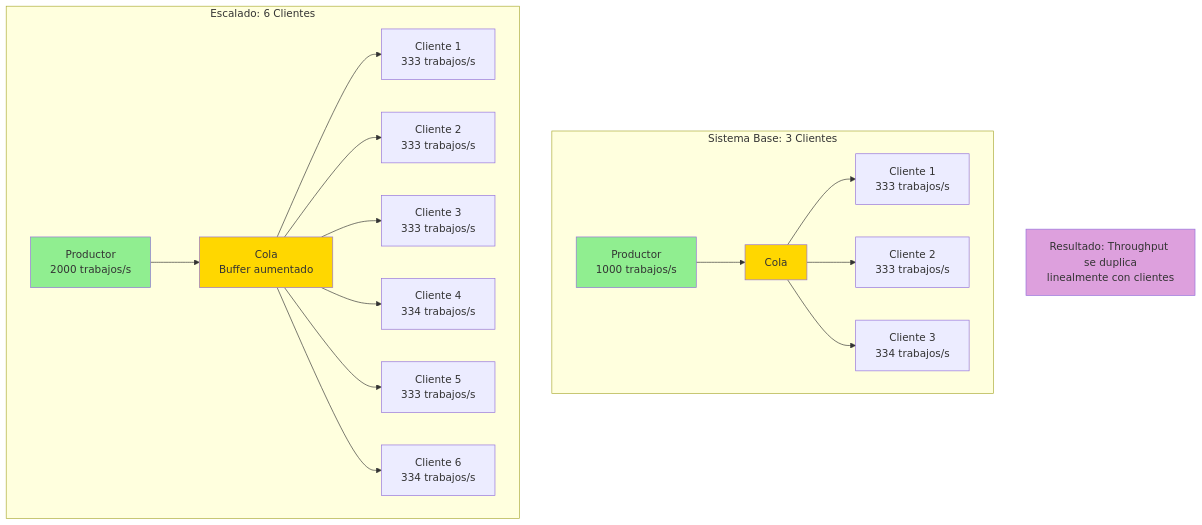
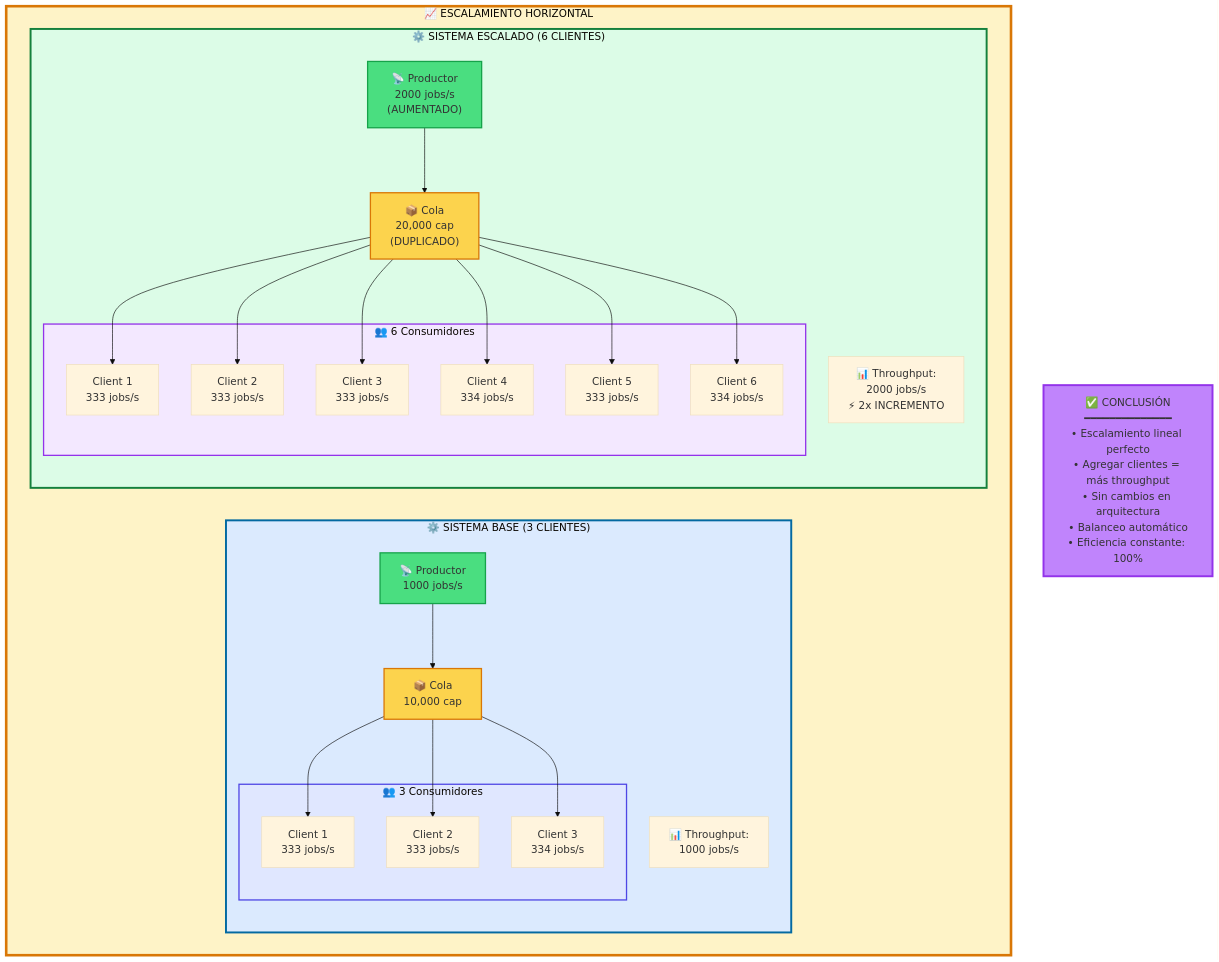
Before and after one commit to Susch12/Distribuida: diagram 13 of 15 in pub_sus/diagrama.md, drawn with Mermaid. The commit also changed other lines of this file and 1 other file, not shown here.

````diff
--- a/pub_sus/diagrama.md
+++ b/pub_sus/diagrama.md
@@ -831,44 +1127,59 @@
 ```mermaid
+%%{init: {'theme':'base'}}%%
 graph TB
-    subgraph "Sistema Base: 3 Clientes"
-        P1[Productor<br/>1000 trabajos/s]
-        Q1[Cola]
+    subgraph SCALE["📈 ESCALAMIENTO HORIZONTAL"]
+        direction LR
         
-        C1A[Cliente 1<br/>333 trabajos/s]
-        C1B[Cliente 2<br/>333 trabajos/s]
-        C1C[Cliente 3<br/>334 trabajos/s]
+        subgraph BASE["⚙️ SISTEMA BASE (3 CLIENTES)"]
+            direction TB
+            P1["📡 Productor<br/>1000 jobs/s"]
+            Q1["📦 Cola<br/>10,000 cap"]
+            
+            subgraph C_BASE["👥 3 Consumidores"]
+                C1_B["Client 1<br/>333 jobs/s"]
+                C2_B["Client 2<br/>333 jobs/s"]
+                C3_B["Client 3<br/>334 jobs/s"]
+            end
+            
+            P1 --> Q1
+            Q1 --> C1_B & C2_B & C3_B
+            
+            R1["📊 Throughput:<br/>1000 jobs/s"]
+        end
         
-        P1 --> Q1
-        Q1 --> C1A
-        Q1 --> C1B
-        Q1 --> C1C
+        subgraph SCALED["⚙️ SISTEMA ESCALADO (6 CLIENTES)"]
+            direction TB
+            P2["📡 Productor<br/>2000 jobs/s<br/>(AUMENTADO)"]
+            Q2["📦 Cola<br/>20,000 cap<br/>(DUPLICADO)"]
+            
+            subgraph C_SCALED["👥 6 Consumidores"]
+                C1_S["Client 1<br/>333 jobs/s"]
+                C2_S["Client 2<br/>333 jobs/s"]
+                C3_S["Client 3<br/>333 jobs/s"]
+                C4_S["Client 4<br/>334 jobs/s"]
+                C5_S["Client 5<br/>333 jobs/s"]
+                C6_S["Client 6<br/>334 jobs/s"]
+            end
+            
+            P2 --> Q2
+            Q2 --> C1_S & C2_S & C3_S
+            Q2 --> C4_S & C5_S & C6_S
+            
+            R2["📊 Throughput:<br/>2000 jobs/s<br/>⚡ 2x INCREMENTO"]
+        end
     end
     
-    subgraph "Escalado: 6 Clientes"
-        P2[Productor<br/>2000 trabajos/s]
-        Q2[Cola<br/>Buffer aumentado]
-        
-        C2A[Cliente 1<br/>333 trabajos/s]
-        C2B[Cliente 2<br/>333 trabajos/s]
-        C2C[Cliente 3<br/>333 trabajos/s]
-        C2D[Cliente 4<br/>334 trabajos/s]
-        C2E[Cliente 5<br/>333 trabajos/s]
-        C2F[Cliente 6<br/>334 trabajos/s]
-        
-        P2 --> Q2
-        Q2 --> C2A
-        Q2 --> C2B
-        Q2 --> C2C
-        Q2 --> C2D
-        Q2 --> C2E
-        Q2 --> C2F
-    end
+    CONCLUSION["✅ CONCLUSIÓN<br/>━━━━━━━━━━━━━━<br/>• Escalamiento lineal perfecto<br/>• Agregar clientes = más throughput<br/>• Sin cambios en arquitectura<br/>• Balanceo automático<br/>• Eficiencia constante: 100%"]
     
-    RES[Resultado: Throughput se duplica<br/>linealmente con clientes]
+    style SCALE fill:#fef3c7,stroke:#d97706,stroke-width:4px
+    style BASE fill:#dbeafe,stroke:#0369a1,stroke-width:3px
+    style SCALED fill:#dcfce7,stroke:#15803d,stroke-width:3px
+    style C_BASE fill:#e0e7ff,stroke:#4f46e5,stroke-width:2px
+    style C_SCALED fill:#f3e8ff,stroke:#9333ea,stroke-width:2px
     
-    style P1 fill:#90EE90
-    style P2 fill:#90EE90
-    style Q1 fill:#FFD700
-    style Q2 fill:#FFD700
-    style RES fill:#DDA0DD
+    style P1 fill:#4ade80,stroke:#16a34a,stroke-width:2px
+    style P2 fill:#4ade80,stroke:#16a34a,stroke-width:2px
+    style Q1 fill:#fcd34d,stroke:#d97706,stroke-width:2px
+    style Q2 fill:#fcd34d,stroke:#d97706,stroke-width:2px
+    style CONCLUSION fill:#c084fc,stroke:#9333ea,stroke-width:3px
 ```
````
